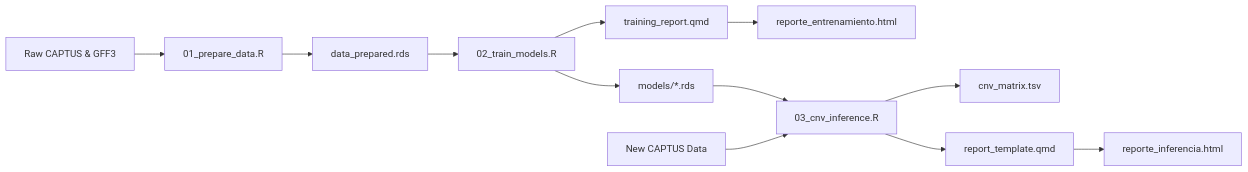
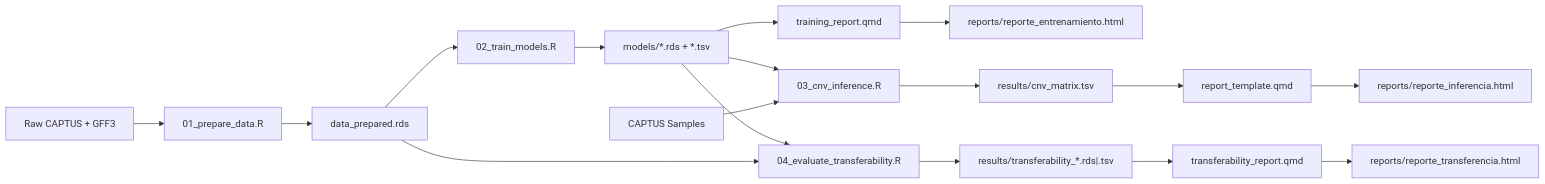
One commit to xyzdiego/TargetCNV-ML changed the diagram in EXECUTION_GUIDE.md. Above: the diagram before and after it, drawn with Mermaid. The commit also changed other lines of this file and 36 other files, not shown here.

````diff
--- a/EXECUTION_GUIDE.md
+++ b/EXECUTION_GUIDE.md
@@ -97,14 +128,19 @@
 ```mermaid
 flowchart LR
-    A["Raw CAPTUS & GFF3"] --> B["01_prepare_data.R"]
+    A["Raw CAPTUS + GFF3"] --> B["01_prepare_data.R"]
     B --> C["data_prepared.rds"]
     C --> D["02_train_models.R"]
-    D --> E["models/*.rds"]
-    D --> I["training_report.qmd"]
-    I --> J["reporte_entrenamiento.html"]
+    D --> E["models/*.rds + *.tsv"]
+    E --> I["training_report.qmd"]
+    I --> J["reports/reporte_entrenamiento.html"]
     E --> F["03_cnv_inference.R"]
-    G["New CAPTUS Data"] --> F
-    F --> H["cnv_matrix.tsv"]
-    F --> K["report_template.qmd"]
-    K --> L["reporte_inferencia.html"]
+    G["CAPTUS Samples"] --> F
+    F --> H["results/cnv_matrix.tsv"]
+    H --> K["report_template.qmd"]
+    K --> L["reports/reporte_inferencia.html"]
+    E --> M["04_evaluate_transferability.R"]
+    C --> M
+    M --> N["results/transferability_*.rds|.tsv"]
+    N --> O["transferability_report.qmd"]
+    O --> P["reports/reporte_transferencia.html"]
 ```
````
